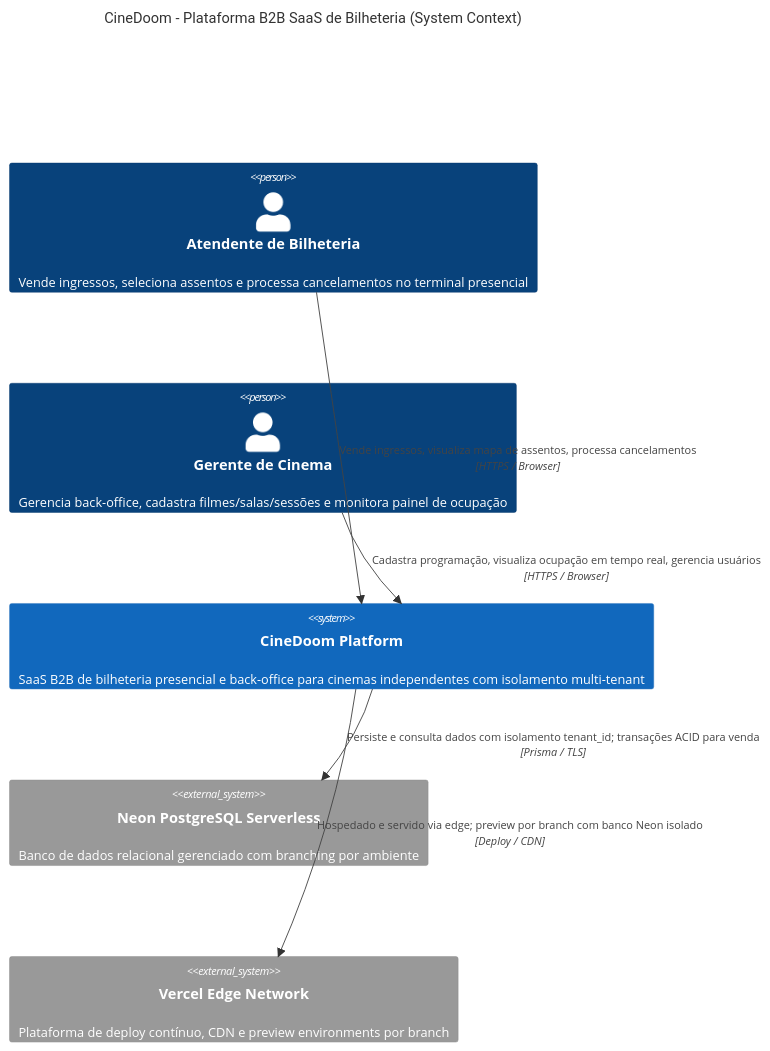
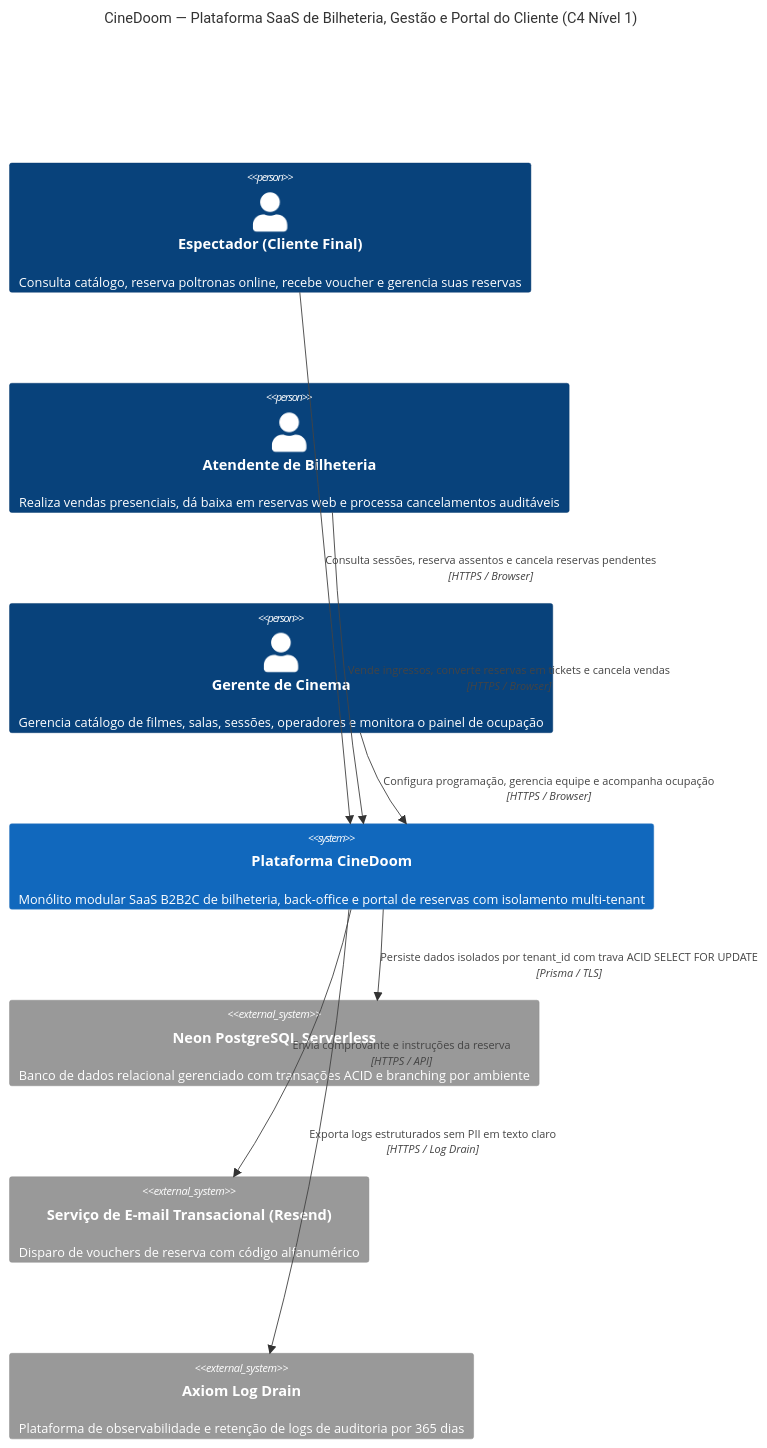
Before and after one commit to CINESOFT-SOLUTIONS/manual-processos-software: the first of 2 diagrams in specs/architecture/solution-architecture.md, drawn with Mermaid. The commit also changed other lines of this file and 16 other files, not shown here.

````diff
--- a/specs/architecture/solution-architecture.md
+++ b/specs/architecture/solution-architecture.md
@@ -111,13 +122,17 @@
 ```mermaid
 C4Context
-  title CineDoom - Plataforma B2B SaaS de Bilheteria (System Context)
-  Person(atendente, "Atendente de Bilheteria", "Vende ingressos, seleciona assentos e processa cancelamentos no terminal presencial")
-  Person(gerente, "Gerente de Cinema", "Gerencia back-office, cadastra filmes/salas/sessões e monitora painel de ocupação")
-  System(cinedoom, "CineDoom Platform", "SaaS B2B de bilheteria presencial e back-office para cinemas independentes com isolamento multi-tenant")
-  System_Ext(neon, "Neon PostgreSQL Serverless", "Banco de dados relacional gerenciado com branching por ambiente")
-  System_Ext(vercel, "Vercel Edge Network", "Plataforma de deploy contínuo, CDN e preview environments por branch")
-  Rel(atendente, cinedoom, "Vende ingressos, visualiza mapa de assentos, processa cancelamentos", "HTTPS / Browser")
-  Rel(gerente, cinedoom, "Cadastra programação, visualiza ocupação em tempo real, gerencia usuários", "HTTPS / Browser")
-  Rel(cinedoom, neon, "Persiste e consulta dados com isolamento tenant_id; transações ACID para venda", "Prisma / TLS")
-  Rel(cinedoom, vercel, "Hospedado e servido via edge; preview por branch com banco Neon isolado", "Deploy / CDN")
+  title CineDoom — Plataforma SaaS de Bilheteria, Gestão e Portal do Cliente (C4 Nível 1)
+  Person(espectador, "Espectador (Cliente Final)", "Consulta catálogo, reserva poltronas online, recebe voucher e gerencia suas reservas")
+  Person(atendente, "Atendente de Bilheteria", "Realiza vendas presenciais, dá baixa em reservas web e processa cancelamentos auditáveis")
+  Person(gerente, "Gerente de Cinema", "Gerencia catálogo de filmes, salas, sessões, operadores e monitora o painel de ocupação")
+  System(cinedoom, "Plataforma CineDoom", "Monólito modular SaaS B2B2C de bilheteria, back-office e portal de reservas com isolamento multi-tenant")
+  System_Ext(neon, "Neon PostgreSQL Serverless", "Banco de dados relacional gerenciado com transações ACID e branching por ambiente")
+  System_Ext(email, "Serviço de E-mail Transacional (Resend)", "Disparo de vouchers de reserva com código alfanumérico")
+  System_Ext(axiom, "Axiom Log Drain", "Plataforma de observabilidade e retenção de logs de auditoria por 365 dias")
+  Rel(espectador, cinedoom, "Consulta sessões, reserva assentos e cancela reservas pendentes", "HTTPS / Browser")
+  Rel(atendente, cinedoom, "Vende ingressos, converte reservas em tickets e cancela vendas", "HTTPS / Browser")
+  Rel(gerente, cinedoom, "Configura programação, gerencia equipe e acompanha ocupação", "HTTPS / Browser")
+  Rel(cinedoom, neon, "Persiste dados isolados por tenant_id com trava ACID SELECT FOR UPDATE", "Prisma / TLS")
+  Rel(cinedoom, email, "Envia comprovante e instruções da reserva", "HTTPS / API")
+  Rel(cinedoom, axiom, "Exporta logs estruturados sem PII em texto claro", "HTTPS / Log Drain")
 ```
````
